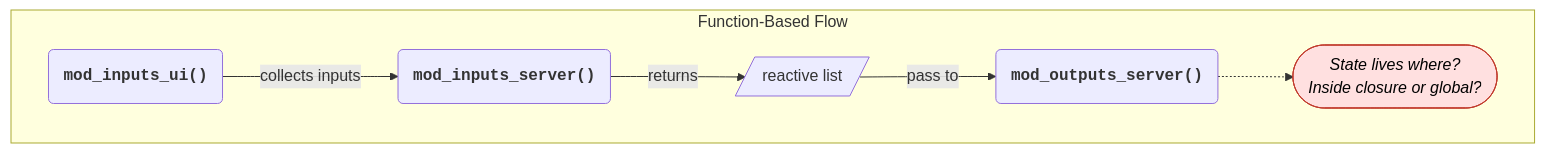
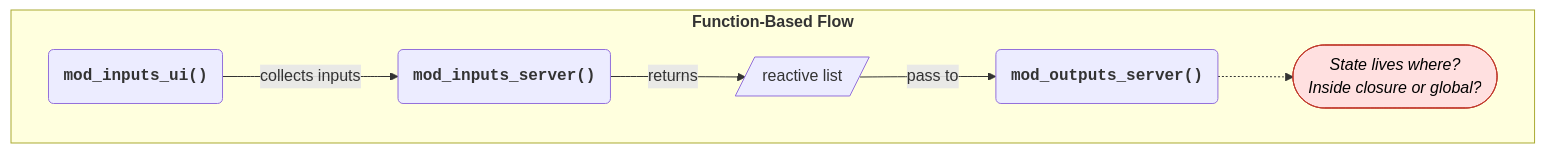
One commit to mjfrigaard/mjfrigaard.github.io changed the third of 8 diagrams in posts/shiny-r6/index.qmd. Above: the diagram before and after it, drawn with Mermaid. The commit also changed other lines of this file and 23 other files, not shown here.

````diff
--- a/posts/shiny-r6/index.qmd
+++ b/posts/shiny-r6/index.qmd
@@ -256,25 +304,25 @@
 ```{mermaid}
 %%| eval: true
 %%| fig-align: 'center'
 %%| fig-caption: 'State Flow: Function-Based'
 %%| echo: false
 %%{init: {'theme': 'base', 'themeVariables': { 'fontFamily': 'monospace', "darkMode":true}}}}%%
 
 flowchart TD
-    subgraph FuncFlow["Function-Based Flow"]
+    subgraph FuncFlow["<strong>Function-Based Flow<strong>"]
         FUI("<strong>mod_inputs_ui()</strong>")
         FS("<strong>mod_inputs_server()</strong>")
         FReact[/"reactive list"/]
         FPass("<strong>mod_outputs_server()</strong>")
         FWhere(["<em>State lives where?<br/>Inside closure or global?</em>"])
     end
     
     FUI --"collects inputs"--> FS --"returns"--> FReact --"pass to"--> FPass
     FPass -.-> FWhere
     
     style FWhere fill:#FFE0E0,color:#000000,stroke:#c0392b
     style FUI font-family:monospace
     style FS font-family:monospace
     style FPass font-family:monospace
     
 ```
````
